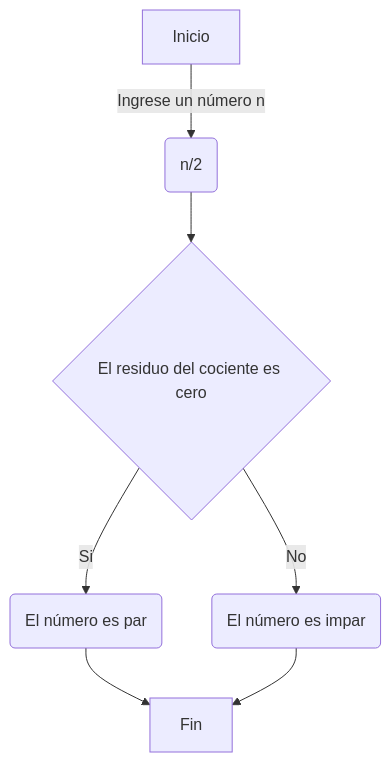
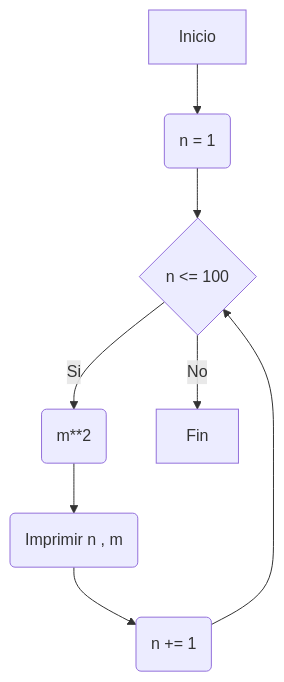
The first of 3 diagrams in README.md (PascaVega/Reto_7), drawn with Mermaid before and after one commit. The commit also changed other lines of this file, not shown here.

````diff
--- a/README.md
+++ b/README.md
@@ -84,9 +19,10 @@
 ```mermaid
 flowchart TD
-    A[Inicio] -->|Ingrese un número n| B(n/2)
-    B --> C{El residuo del cociente es cero}
-    C -- Si --> D(El número es par)
-    C -- No --> E(El número es impar)
-    D --> F[Fin]
-    E --> F
+    A[Inicio] --> B(n = 1)
+    B --> C{n <= 100}
+    C -- Si --> D(m**2)
+    D --> E(Imprimir n , m)
+    E --> G(n += 1)
+    G --> C
+    C -- No --> F[Fin]
 ```
````
